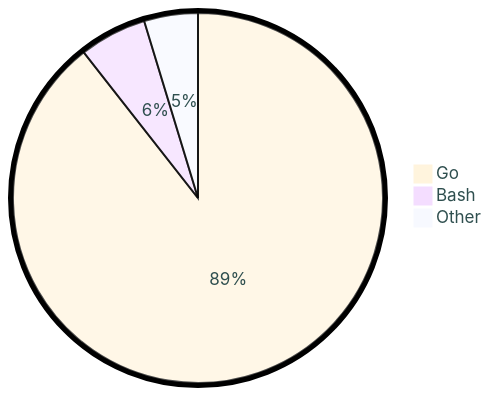
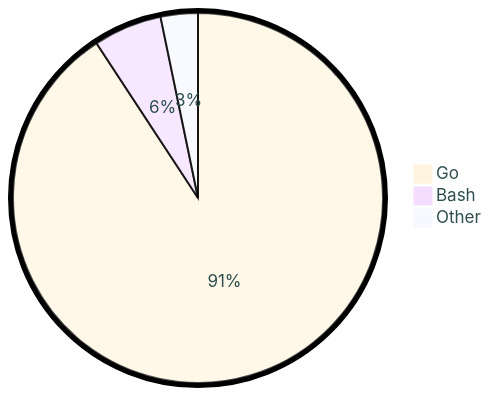
One commit to tot0p/tot0p changed the diagram in README.md. Above: the diagram before and after it, drawn with Mermaid. The commit also changed other lines of this file, not shown here.

````diff
--- a/README.md
+++ b/README.md
@@ -76,7 +74,7 @@
 ```mermaid
 %%{init: {"pie": {"textPosition": 0.5}, "themeVariables": {"pieOuterStrokeWidth": "5px","primaryTextColor" : "#2F4F4F"},"theme":"base"} }%%
 pie
-	"Go": 89.41
-	"Bash": 5.89
-	"Other": 4.7
+	"Go": 90.75
+	"Bash": 5.99
+	"Other": 3.25
 ```
````
